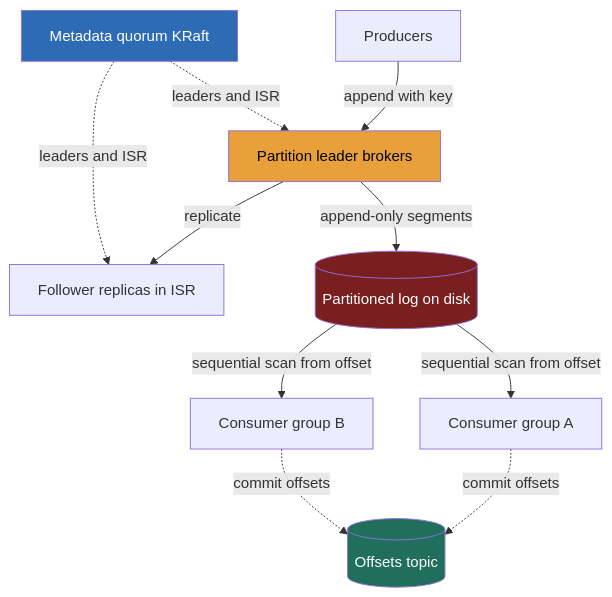
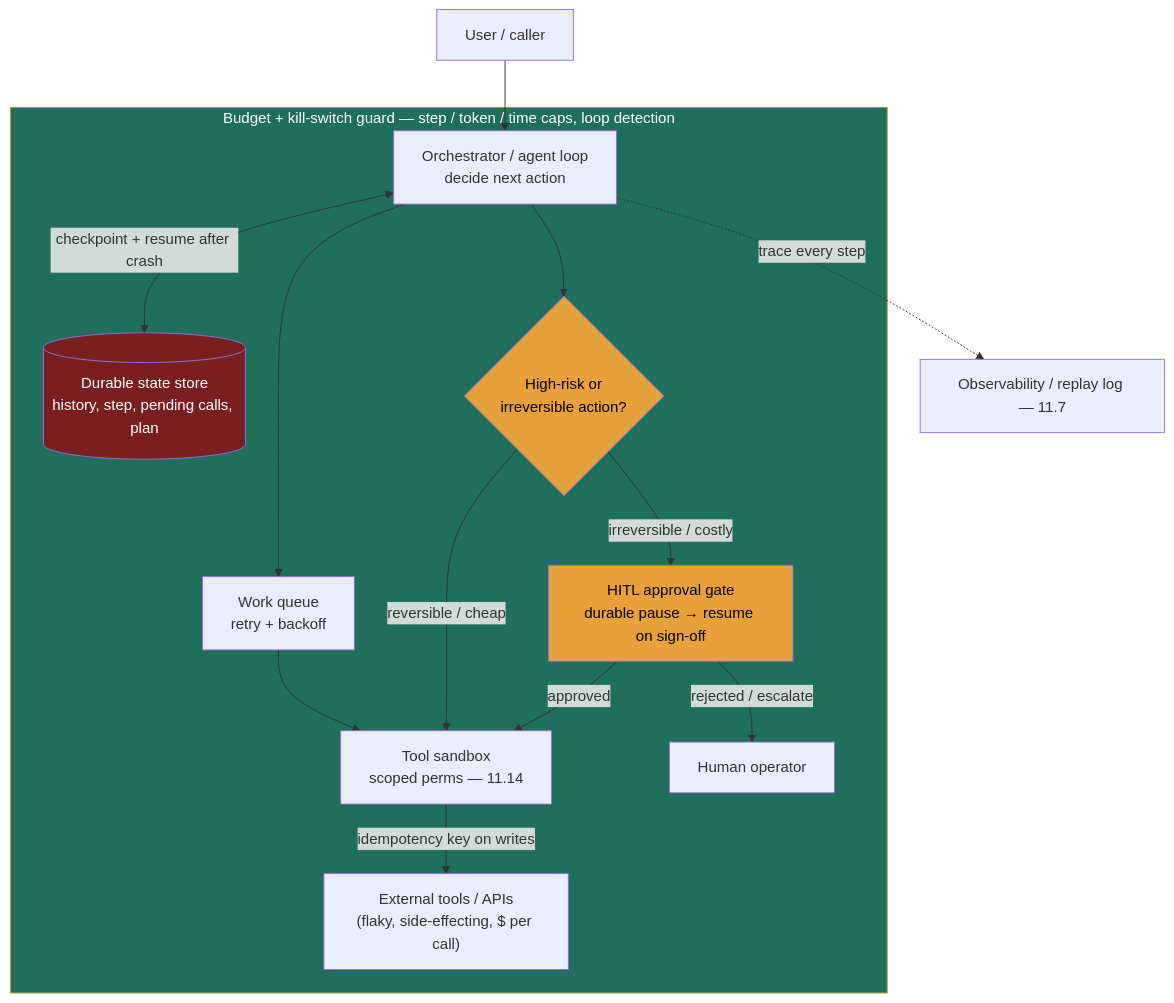
Before and after one commit to hkrathore/sysdesign-course: the diagram in src/content/docs/module-9/lesson-9-13.md, drawn with Mermaid. The commit also changed other lines of this file and 164 other files, not shown here.

````diff
--- a/src/content/docs/module-9/lesson-9-13.md
+++ b/src/content/docs/module-9/lesson-9-13.md
@@ -121,20 +66,21 @@
 ```mermaid
 flowchart TB
-    P["Producers"] -->|append with key| LEAD["Partition leader brokers"]
-    LEAD -->|replicate| FOLL["Follower replicas in ISR"]
-    LEAD -->|append-only segments| LOG[("Partitioned log on disk")]
-
-    META["Metadata quorum KRaft"] -.->|leaders and ISR| LEAD
-    META -.->|leaders and ISR| FOLL
-
-    LOG -->|sequential scan from offset| CG1["Consumer group A"]
-    LOG -->|sequential scan from offset| CG2["Consumer group B"]
-
-    CG1 -.->|commit offsets| OFF[("Offsets topic")]
-    CG2 -.->|commit offsets| OFF
-
-    style LOG fill:#7a1f1f,color:#fff
-    style LEAD fill:#e8a13a,color:#000
-    style META fill:#2d6cb5,color:#fff
-    style OFF fill:#1f6f5c,color:#fff
+    USER[User / caller] --> ORCH
+    subgraph GUARD["Budget + kill-switch guard — step / token / time caps, loop detection"]
+        ORCH["Orchestrator / agent loop<br/>decide next action"]
+        ORCH <-->|checkpoint + resume after crash| STORE[("Durable state store<br/>history, step, pending calls, plan")]
+        ORCH --> Q[Work queue<br/>retry + backoff]
+        Q --> SBX["Tool sandbox<br/>scoped perms — 11.14"]
+        SBX -->|idempotency key on writes| EXT["External tools / APIs<br/>(flaky, side-effecting, $ per call)"]
+        ORCH --> GATE{High-risk or<br/>irreversible action?}
+        GATE -->|reversible / cheap| SBX
+        GATE -->|irreversible / costly| HITL["HITL approval gate<br/>durable pause → resume on sign-off"]
+        HITL -->|approved| SBX
+        HITL -->|rejected / escalate| HUMAN[Human operator]
+    end
+    ORCH -.->|trace every step| OBS[Observability / replay log — 11.7]
+    style STORE fill:#7a1f1f,color:#fff
+    style HITL fill:#e8a13a,color:#000
+    style GATE fill:#e8a13a,color:#000
+    style GUARD fill:#1f6f5c,color:#fff
 ```
````
